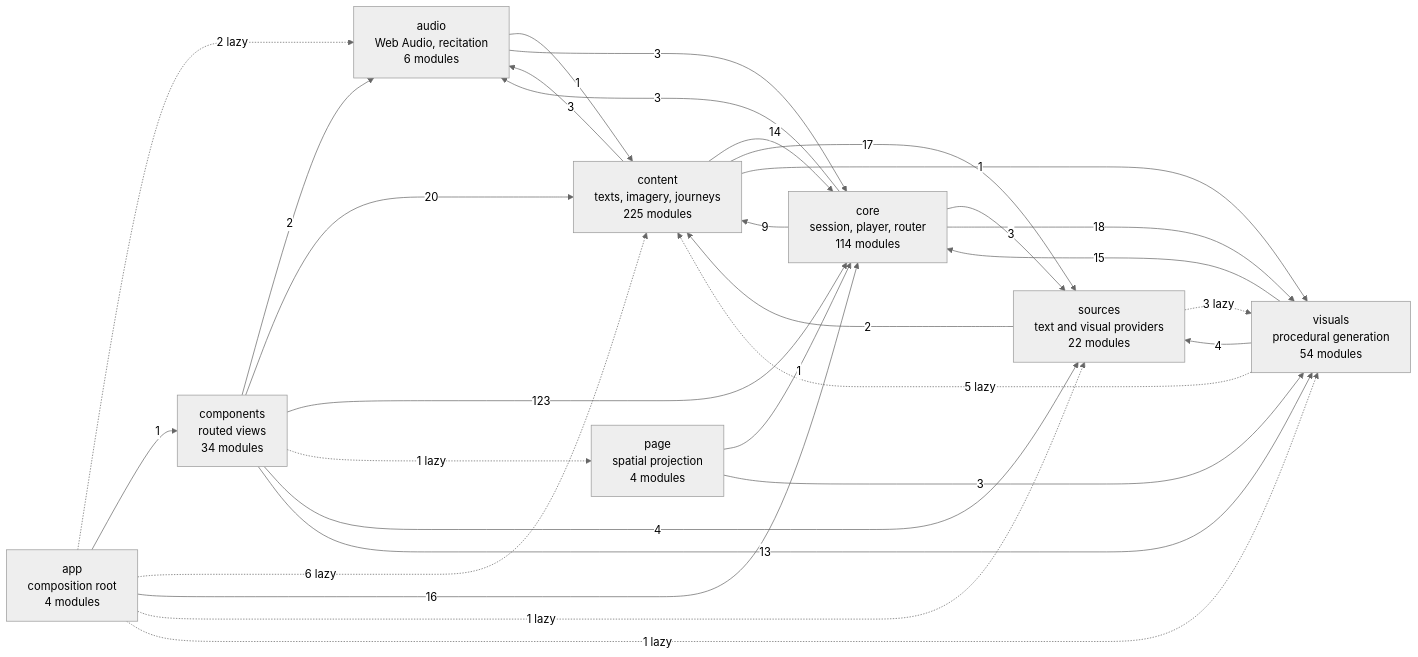
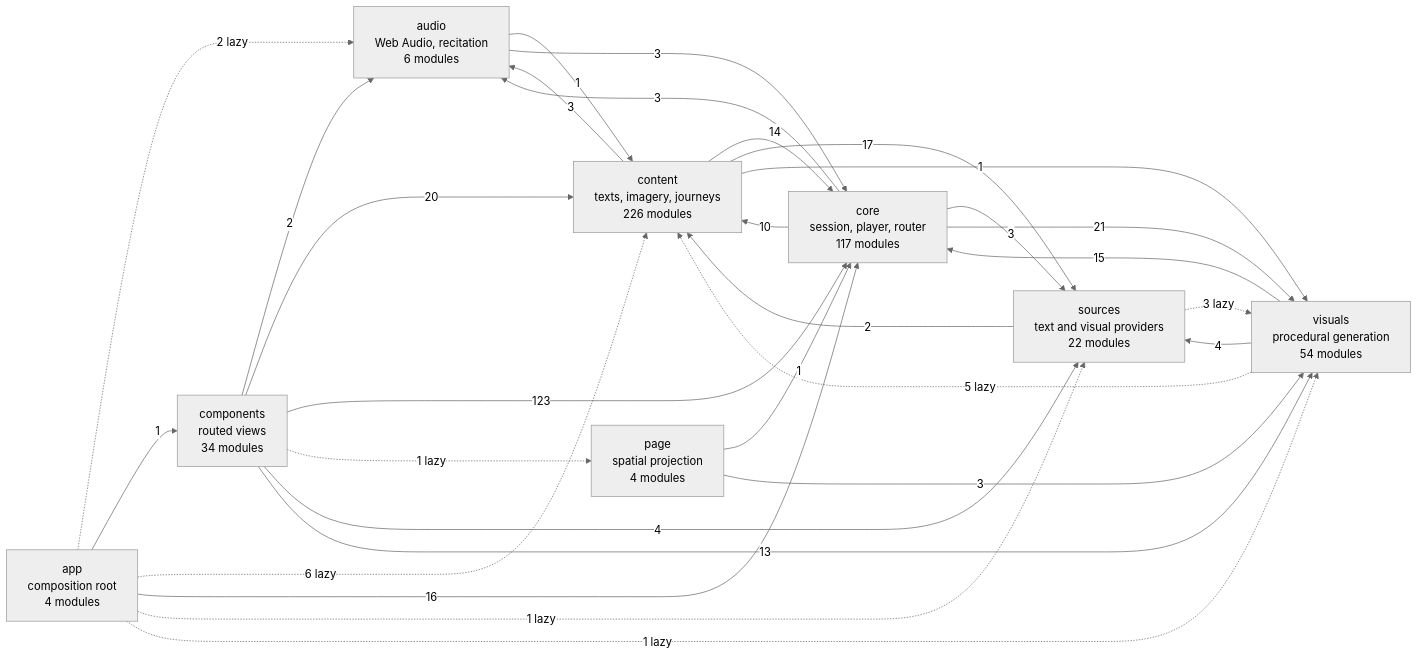
The diagram in docs/specs/ARCHITECTURE.md (SyberLabs/RISE), drawn with Mermaid (neutral theme) before and after one commit. The commit also changed 9 other files, not shown here.

````diff
--- a/docs/specs/ARCHITECTURE.md
+++ b/docs/specs/ARCHITECTURE.md
@@ -149,41 +149,41 @@
 ```mermaid
 flowchart LR
     app["app<br/>composition root<br/>4 modules"]
     audio["audio<br/>Web Audio, recitation<br/>6 modules"]
     components["components<br/>routed views<br/>34 modules"]
-    content["content<br/>texts, imagery, journeys<br/>225 modules"]
-    core["core<br/>session, player, router<br/>114 modules"]
+    content["content<br/>texts, imagery, journeys<br/>226 modules"]
+    core["core<br/>session, player, router<br/>117 modules"]
     page["page<br/>spatial projection<br/>4 modules"]
     sources["sources<br/>text and visual providers<br/>22 modules"]
     visuals["visuals<br/>procedural generation<br/>54 modules"]
 
     app -.-> |2 lazy| audio
     app --> |1| components
     app -.-> |6 lazy| content
     app --> |16| core
     app -.-> |1 lazy| sources
     app -.-> |1 lazy| visuals
     audio --> |1| content
     audio --> |3| core
     components --> |2| audio
     components --> |20| content
     components --> |123| core
     components -.-> |1 lazy| page
     components --> |4| sources
     components --> |13| visuals
     content --> |3| audio
     content --> |14| core
     content --> |17| sources
     content --> |1| visuals
     core --> |3| audio
-    core --> |9| content
+    core --> |10| content
     core --> |3| sources
-    core --> |18| visuals
+    core --> |21| visuals
     page --> |1| core
     page --> |3| visuals
     sources --> |2| content
     sources -.-> |3 lazy| visuals
     visuals -.-> |5 lazy| content
     visuals --> |15| core
     visuals --> |4| sources
 ```
````
